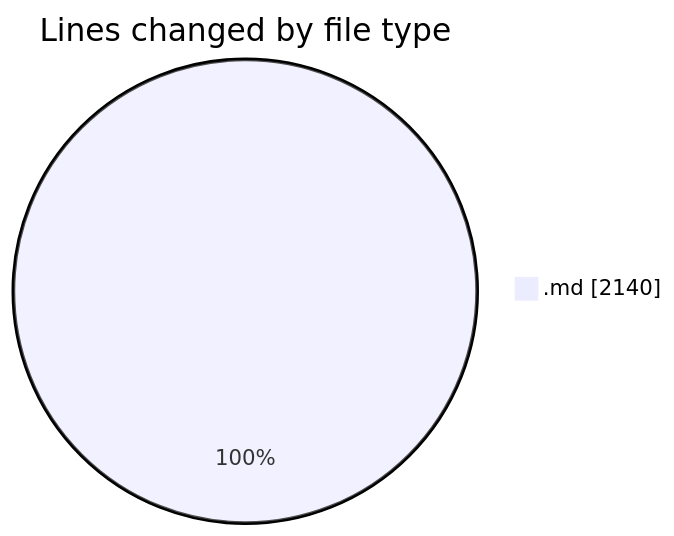
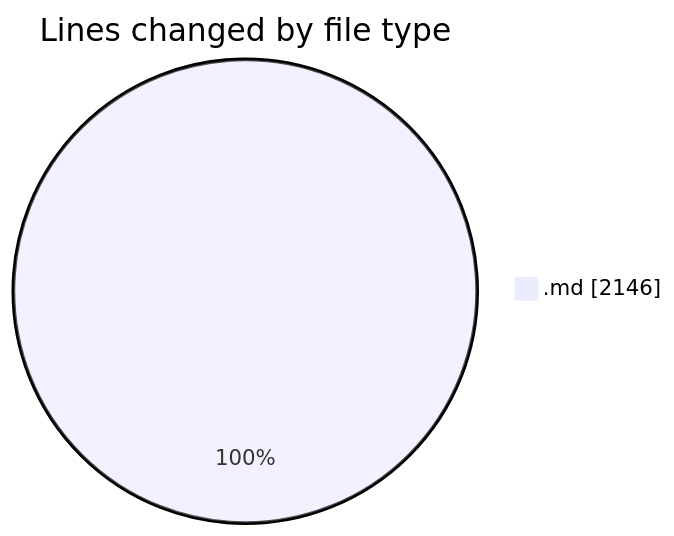
The first of 2 diagrams in 2025-07-07/urlwebwala_intership_work/README.md (Ritupan-Deka/code-tracking), drawn with Mermaid before and after one commit. The commit also changed other lines of this file and 1 other file, not shown here.

````diff
--- a/2025-07-07/urlwebwala_intership_work/README.md
+++ b/2025-07-07/urlwebwala_intership_work/README.md
@@ -22,5 +22,5 @@
 ```mermaid
 pie showData
 title Lines changed by file type
-".md" : 2140
+".md" : 2146
 ```
````
